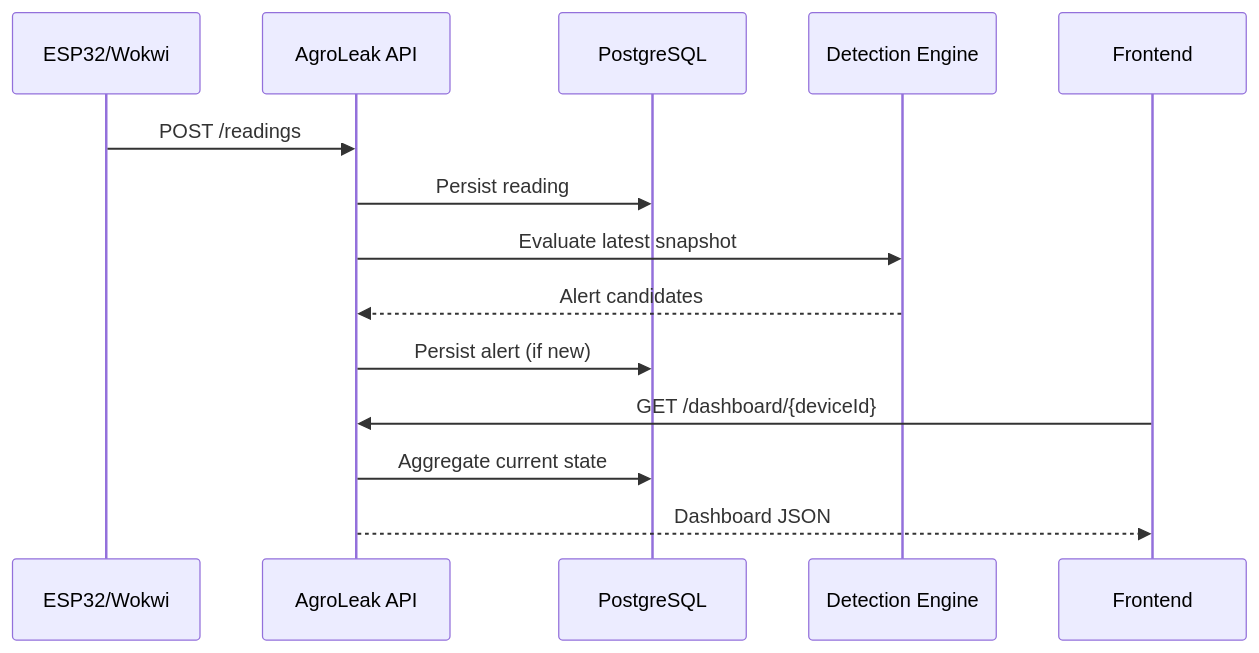
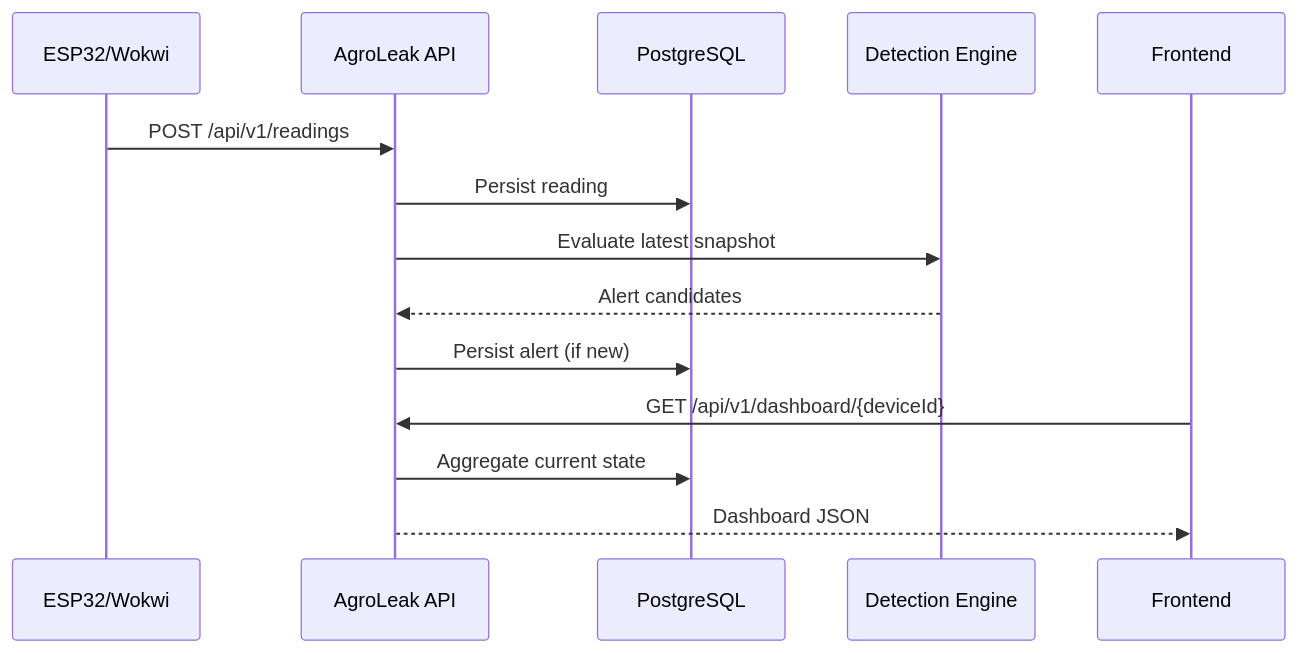
One commit to upc-pre-202620-AgroLeak-Final-Project/AgroLeak-backend changed the diagram in docs/ARCHITECTURE.md. Above: the diagram before and after it, drawn with Mermaid. The commit also changed other lines of this file and 1 other file, not shown here.

````diff
--- a/docs/ARCHITECTURE.md
+++ b/docs/ARCHITECTURE.md
@@ -18,17 +68,17 @@
 ```mermaid
 sequenceDiagram
     participant ESP as ESP32/Wokwi
     participant API as AgroLeak API
     participant DB as PostgreSQL
     participant DET as Detection Engine
     participant FE as Frontend
 
-    ESP->>API: POST /readings
+    ESP->>API: POST /api/v1/readings
     API->>DB: Persist reading
     API->>DET: Evaluate latest snapshot
     DET-->>API: Alert candidates
     API->>DB: Persist alert (if new)
-    FE->>API: GET /dashboard/{deviceId}
+    FE->>API: GET /api/v1/dashboard/{deviceId}
     API->>DB: Aggregate current state
     API-->>FE: Dashboard JSON
 ```
````
